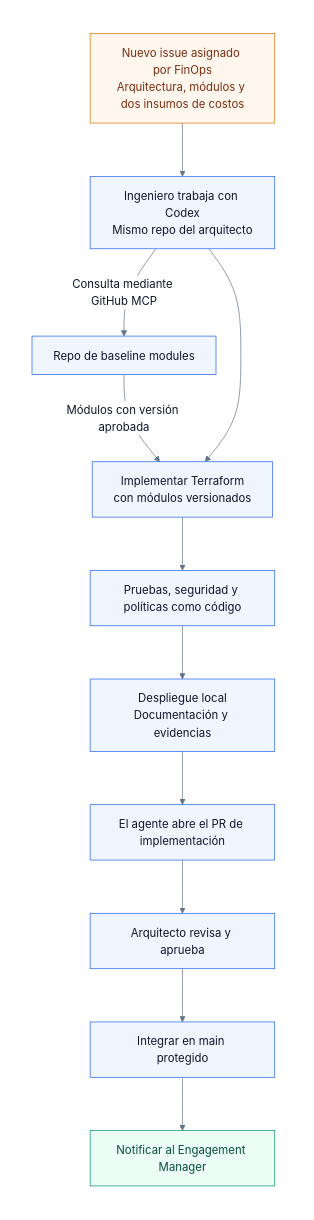
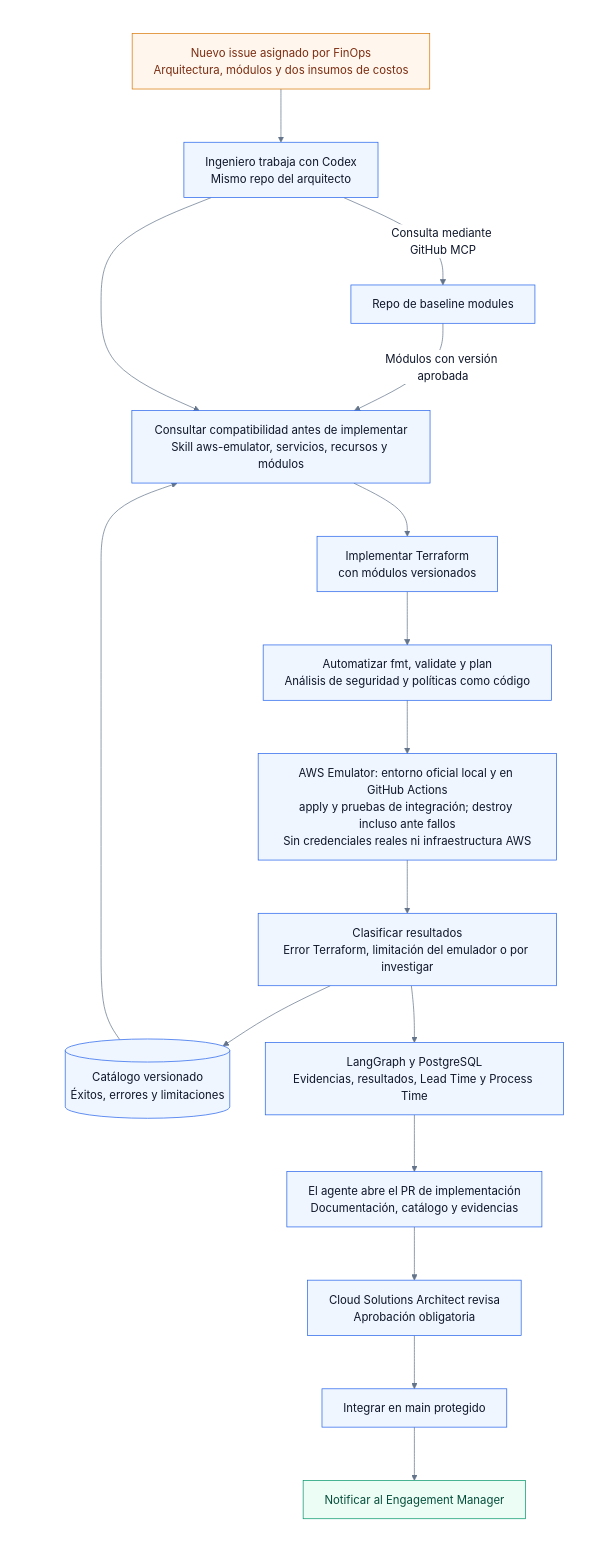
Before and after one commit to marcor0311/aws-cloud-consultant-agent: the fifth of 6 diagrams in issues.md, drawn with Mermaid. The commit also changed other lines of this file and 2 other files, not shown here.

Commit message:
docs: incorporar AWS Emulator al issue de ingeniería

````diff
--- a/issues.md
+++ b/issues.md
@@ -209,23 +209,28 @@
 ```mermaid
-%%{init: {"theme":"base","themeVariables":{"darkMode":false,"background":"#ffffff","primaryColor":"#eff6ff","primaryTextColor":"#0f172a","primaryBorderColor":"#2563eb","lineColor":"#64748b","edgeLabelBackground":"#ffffff","clusterBkg":"#ffffff","clusterBorder":"#cbd5e1"},"flowchart":{"diagramPadding":0}}}%%
+%%{init: {"theme":"base","themeVariables":{"darkMode":false,"background":"#ffffff","primaryColor":"#eff6ff","primaryTextColor":"#0f172a","primaryBorderColor":"#2563eb","lineColor":"#64748b","edgeLabelBackground":"#ffffff","clusterBkg":"#ffffff","clusterBorder":"#cbd5e1"},"flowchart":{"diagramPadding":0,"wrappingWidth":360}}}%%
 flowchart TB
     subgraph lienzo[" "]
         direction TB
         issue["Nuevo issue asignado por FinOps<br/>Arquitectura, módulos y dos insumos de costos"] --> agente["Ingeniero trabaja con Codex<br/>Mismo repo del arquitecto"]
         agente -->|Consulta mediante GitHub MCP| baselines["Repo de baseline modules"]
-        baselines -->|Módulos con versión aprobada| implementar
-        agente --> implementar["Implementar Terraform<br/>con módulos versionados"]
-        implementar --> validar["Pruebas, seguridad y políticas como código"]
-        validar --> local["Despliegue local<br/>Documentación y evidencias"]
-        local --> pr["El agente abre el PR de implementación"]
-        pr --> arquitecto["Arquitecto revisa y aprueba"]
+        baselines -->|Módulos con versión aprobada| compatibilidad
+        agente --> compatibilidad["Consultar compatibilidad antes de implementar<br/>Skill aws-emulator, servicios, recursos y módulos"]
+        catalogo[("Catálogo versionado<br/>Éxitos, errores y limitaciones")] --> compatibilidad
+        compatibilidad --> implementar["Implementar Terraform<br/>con módulos versionados"]
+        implementar --> validar["Automatizar fmt, validate y plan<br/>Análisis de seguridad y políticas como código"]
+        validar --> local["AWS Emulator: entorno oficial local y en GitHub Actions<br/>apply y pruebas de integración; destroy incluso ante fallos<br/>Sin credenciales reales ni infraestructura AWS"]
+        local --> resultados["Clasificar resultados<br/>Error Terraform, limitación del emulador o por investigar"]
+        resultados --> catalogo
+        resultados --> evidencia["LangGraph y PostgreSQL<br/>Evidencias, resultados, Lead Time y Process Time"]
+        evidencia --> pr["El agente abre el PR de implementación<br/>Documentación, catálogo y evidencias"]
+        pr --> arquitecto["Cloud Solutions Architect revisa<br/>Aprobación obligatoria"]
         arquitecto --> main["Integrar en main protegido"]
         main --> entrega["Notificar al Engagement Manager"]
         classDef default fill:#eff6ff,stroke:#2563eb,color:#0f172a;
         classDef inicio fill:#fff7ed,stroke:#d97706,color:#7c2d12;
         classDef handoff fill:#ecfdf5,stroke:#059669,color:#064e3b;
         class issue inicio;
         class entrega handoff;
     end
     style lienzo fill:#ffffff,stroke:#ffffff,stroke-width:128px;
 ```
````
